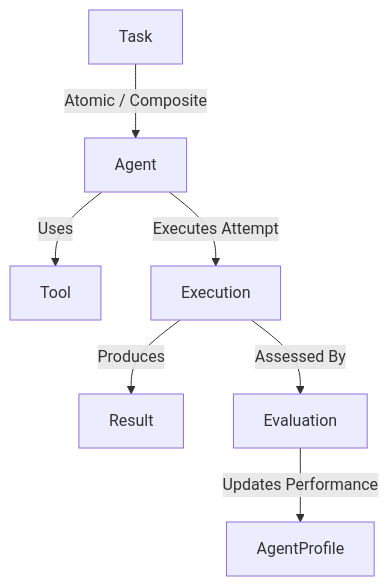
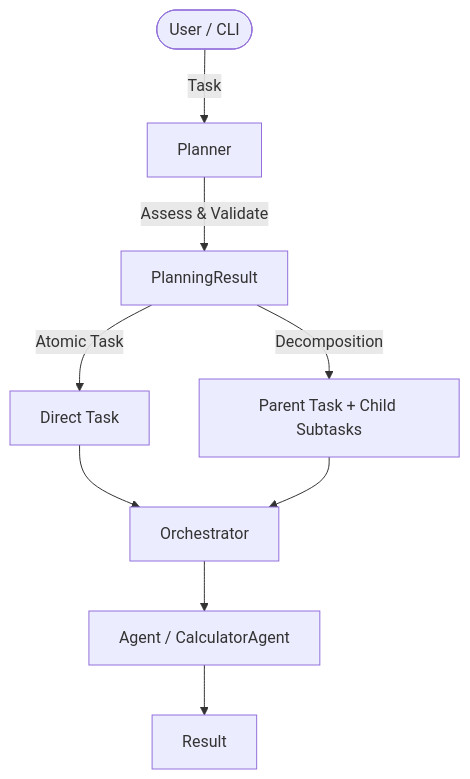
One commit to AsmitBhandari/ABOS changed the first of 2 diagrams in context/ARCHITECTURE.md. Above: the diagram before and after it, drawn with Mermaid. The commit also changed other lines of this file and 12 other files, not shown here.

Commit message:
feat: add ABOS v0.3 planner and task decomposition

````diff
--- a/context/ARCHITECTURE.md
+++ b/context/ARCHITECTURE.md
@@ -9,9 +9,11 @@
 ```mermaid
 flowchart TD
-    Task[Task] -->|Atomic / Composite| Agent[Agent]
-    Agent -->|Uses| Tool[Tool]
-    Agent -->|Executes Attempt| Execution[Execution]
-    Execution -->|Produces| Result[Result]
-    Execution -->|Assessed By| Evaluation[Evaluation]
-    Evaluation -->|Updates Performance| AgentProfile[AgentProfile]
+    User([User / CLI]) -->|Task| Planner[Planner]
+    Planner -->|Assess & Validate| PlanningResult[PlanningResult]
+    PlanningResult -->|Atomic Task| DirectTask[Direct Task]
+    PlanningResult -->|Decomposition| TaskHierarchy[Parent Task + Child Subtasks]
+    DirectTask --> Orchestrator[Orchestrator]
+    TaskHierarchy --> Orchestrator
+    Orchestrator --> Agent[Agent / CalculatorAgent]
+    Agent --> Result[Result]
 ```
````
